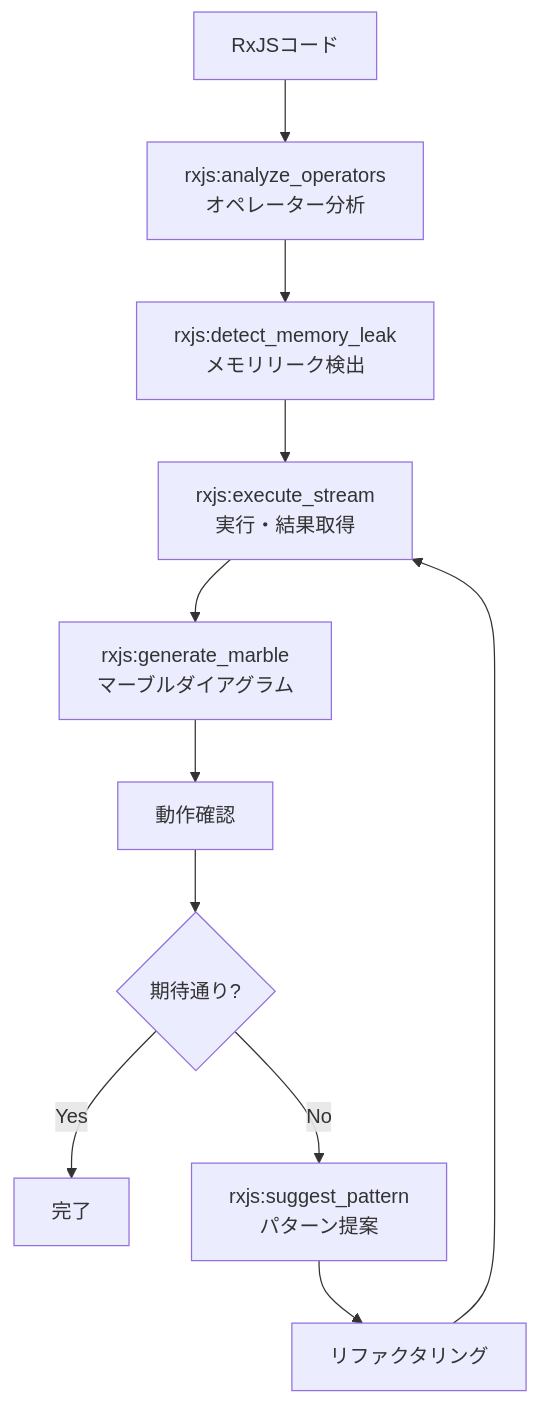
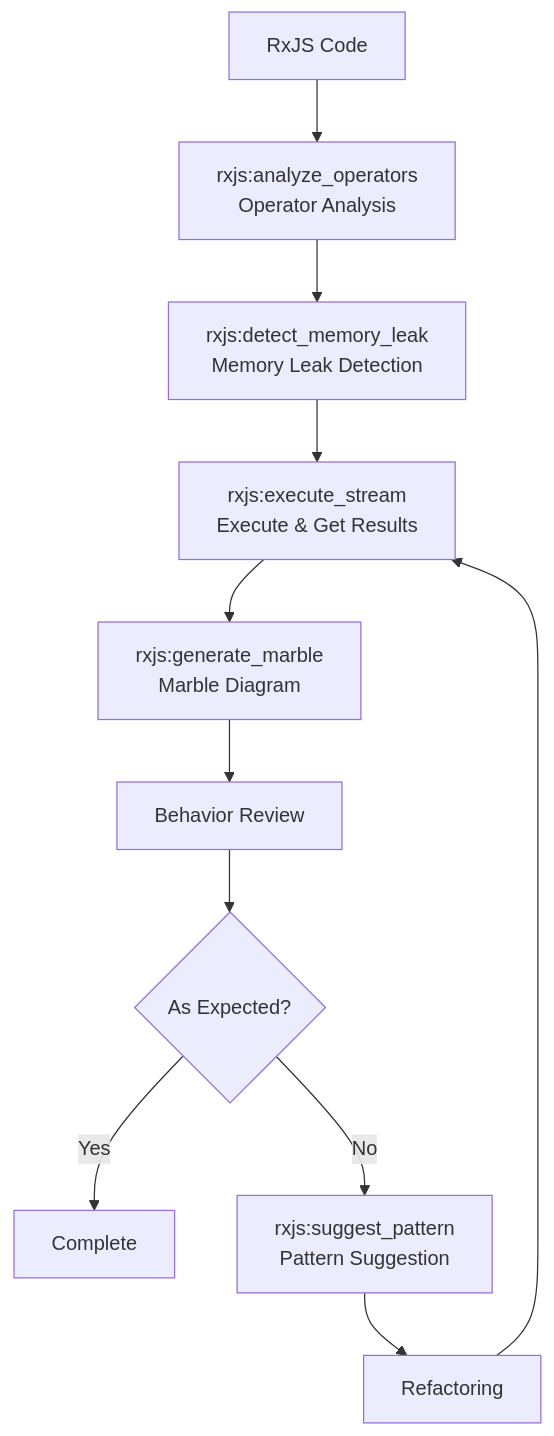
Before and after one commit to shuji-bonji/ai-agent-architecture: the eighth of 10 diagrams in docs/workflows/patterns.md, drawn with Mermaid. The commit also changed other lines of this file and 42 other files, not shown here.

````diff
--- a/docs/workflows/patterns.md
+++ b/docs/workflows/patterns.md
@@ -276,13 +278,13 @@
 ```mermaid
 flowchart TB
-    START[RxJSコード] --> ANALYZE[rxjs:analyze_operators<br/>オペレーター分析]
-    ANALYZE --> LEAK[rxjs:detect_memory_leak<br/>メモリリーク検出]
-    LEAK --> EXECUTE[rxjs:execute_stream<br/>実行・結果取得]
-    EXECUTE --> MARBLE[rxjs:generate_marble<br/>マーブルダイアグラム]
-    MARBLE --> REVIEW[動作確認]
-    REVIEW --> OK{期待通り?}
-    OK -->|Yes| DONE[完了]
-    OK -->|No| SUGGEST[rxjs:suggest_pattern<br/>パターン提案]
-    SUGGEST --> REFACTOR[リファクタリング]
+    START[RxJS Code] --> ANALYZE[rxjs:analyze_operators<br/>Operator Analysis]
+    ANALYZE --> LEAK[rxjs:detect_memory_leak<br/>Memory Leak Detection]
+    LEAK --> EXECUTE[rxjs:execute_stream<br/>Execute & Get Results]
+    EXECUTE --> MARBLE[rxjs:generate_marble<br/>Marble Diagram]
+    MARBLE --> REVIEW[Behavior Review]
+    REVIEW --> OK{As Expected?}
+    OK -->|Yes| DONE[Complete]
+    OK -->|No| SUGGEST[rxjs:suggest_pattern<br/>Pattern Suggestion]
+    SUGGEST --> REFACTOR[Refactoring]
     REFACTOR --> EXECUTE
 ```
````
